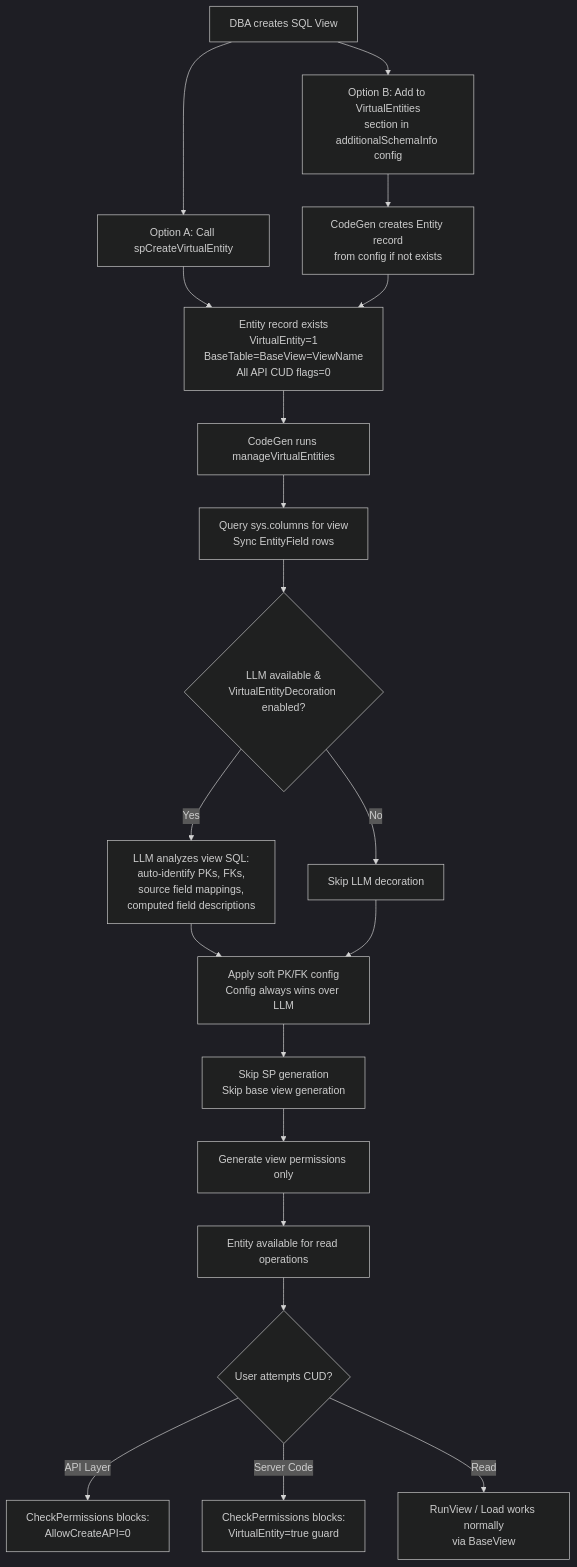
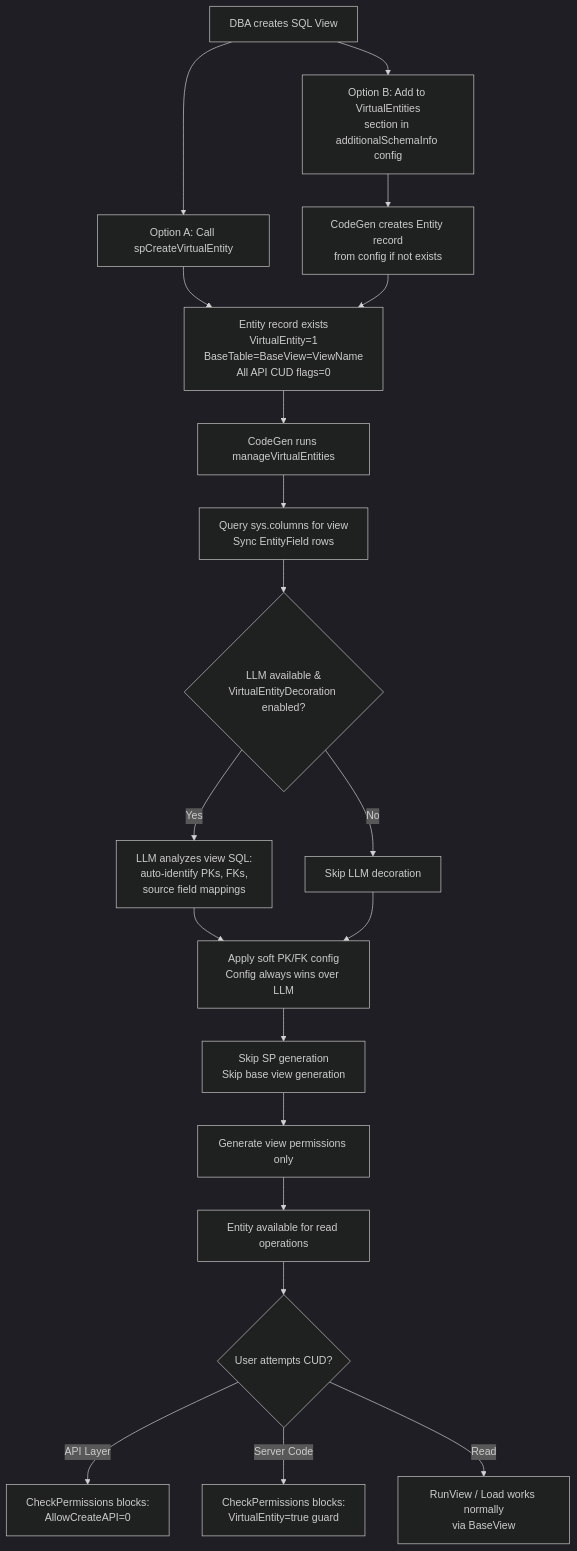
One commit to MemberJunction/MJ changed the first of 13 diagrams in plans/entity-system-enhancements-virtual-and-supertype.md. Above: the diagram before and after it, drawn with Mermaid (dark theme). The commit also changed other lines of this file, not shown here.

First line of the commit message:
docs: rewrite virtual entities & IS-A type modeling plan with refined architecture

````diff
--- a/plans/entity-system-enhancements-virtual-and-supertype.md
+++ b/plans/entity-system-enhancements-virtual-and-supertype.md
@@ -129,28 +129,28 @@
 ```mermaid
 flowchart TD
     A1[DBA creates SQL View] --> B1[Option A: Call spCreateVirtualEntity]
     A1 --> B2[Option B: Add to VirtualEntities<br/>section in additionalSchemaInfo config]
 
     B1 --> C[Entity record exists<br/>VirtualEntity=1<br/>BaseTable=BaseView=ViewName<br/>All API CUD flags=0]
     B2 --> C2[CodeGen creates Entity record<br/>from config if not exists]
     C2 --> C
 
     C --> E[CodeGen runs manageVirtualEntities]
     E --> I[Query sys.columns for view<br/>Sync EntityField rows]
 
     I --> J{LLM available &<br/>VirtualEntityDecoration enabled?}
-    J -->|Yes| K[LLM analyzes view SQL:<br/>auto-identify PKs, FKs,<br/>source field mappings,<br/>computed field descriptions]
+    J -->|Yes| K[LLM analyzes view SQL:<br/>auto-identify PKs, FKs,<br/>source field mappings]
     J -->|No| L[Skip LLM decoration]
 
     K --> M[Apply soft PK/FK config<br/>Config always wins over LLM]
     L --> M
 
     M --> N[Skip SP generation<br/>Skip base view generation]
     N --> O[Generate view permissions only]
     O --> P[Entity available for read operations]
 
     P --> Q{User attempts CUD?}
     Q -->|API Layer| R[CheckPermissions blocks:<br/>AllowCreateAPI=0]
     Q -->|Server Code| S[CheckPermissions blocks:<br/>VirtualEntity=true guard]
     Q -->|Read| T[RunView / Load works normally<br/>via BaseView]
 ```
````
